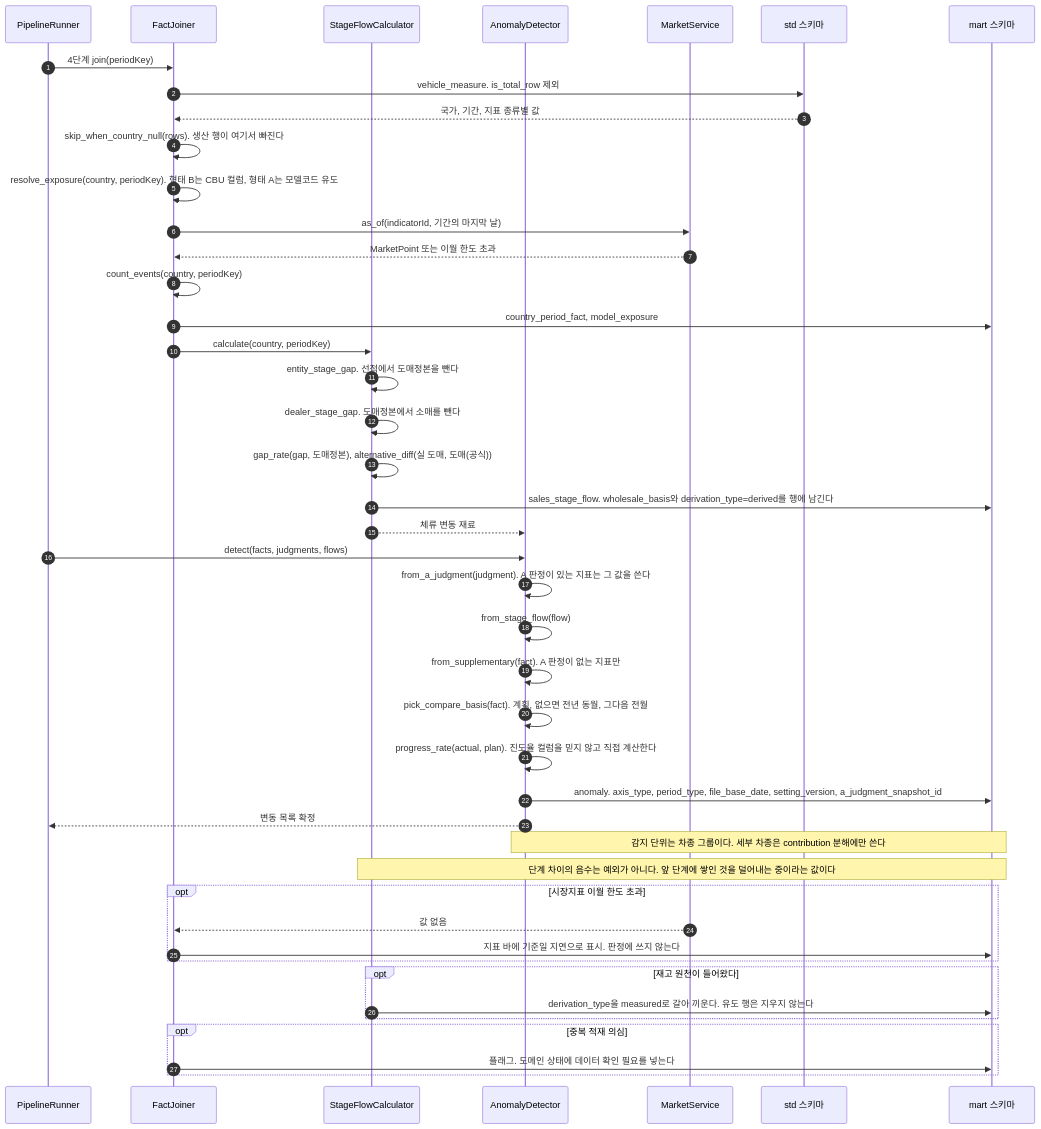
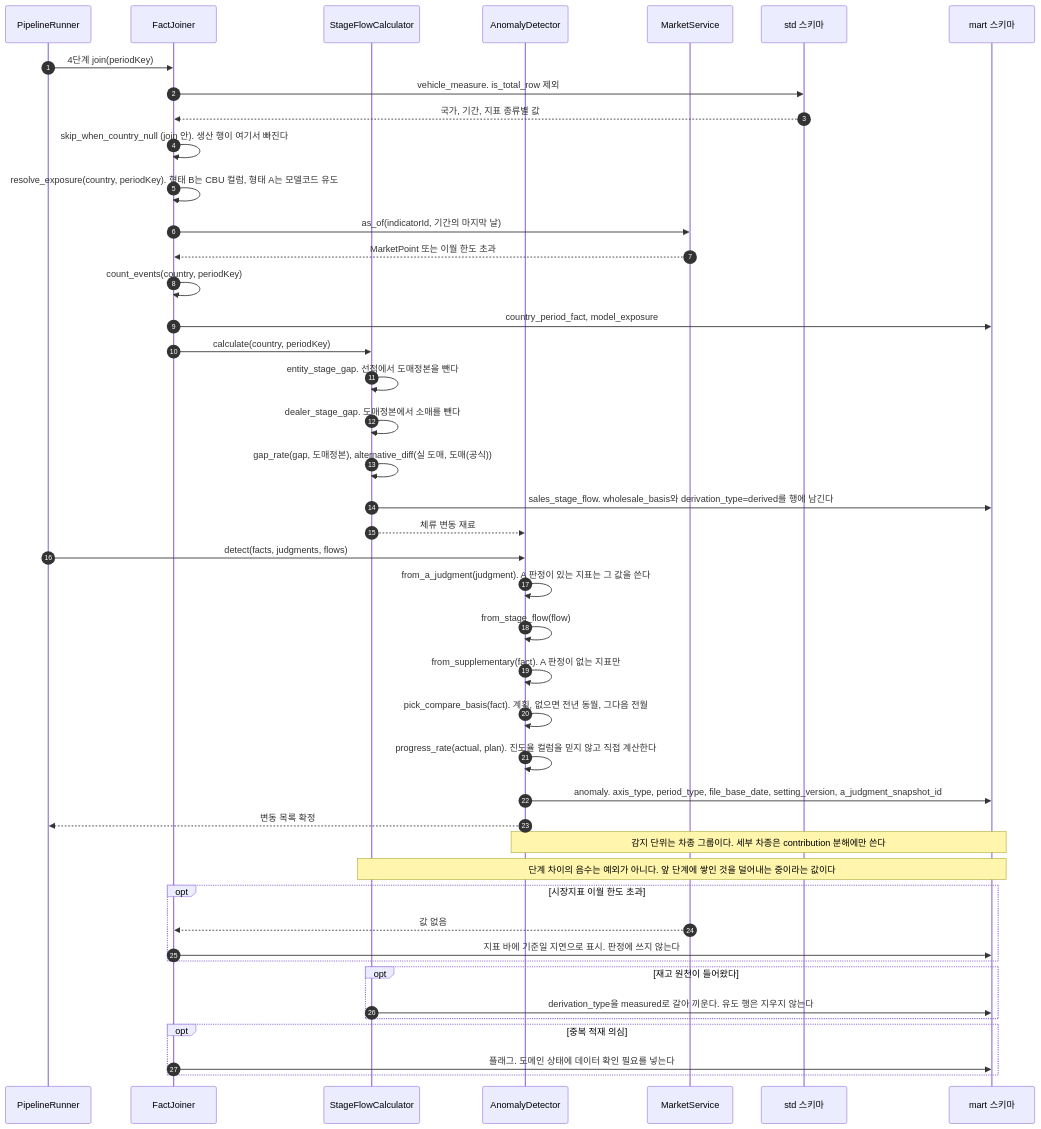
The seventh of 14 diagrams in docs/specs/09-SEQ/TBL-SEQ-001.md (HoyoungParkme/tableau_platform), drawn with Mermaid before and after one commit. The commit also changed other lines of this file, not shown here.

````diff
--- a/docs/specs/09-SEQ/TBL-SEQ-001.md
+++ b/docs/specs/09-SEQ/TBL-SEQ-001.md
@@ -418,46 +447,46 @@
 ```mermaid
 sequenceDiagram
   autonumber
   participant RUN as PipelineRunner
   participant FJ as FactJoiner
   participant SFC as StageFlowCalculator
   participant AD as AnomalyDetector
   participant MKT as MarketService
   participant DB_STD as std 스키마
   participant DB_MART as mart 스키마
   RUN->>FJ: 4단계 join(periodKey)
   FJ->>DB_STD: vehicle_measure. is_total_row 제외
   DB_STD-->>FJ: 국가, 기간, 지표 종류별 값
-  FJ->>FJ: skip_when_country_null(rows). 생산 행이 여기서 빠진다
+  FJ->>FJ: skip_when_country_null (join 안). 생산 행이 여기서 빠진다
   FJ->>FJ: resolve_exposure(country, periodKey). 형태 B는 CBU 컬럼, 형태 A는 모델코드 유도
   FJ->>MKT: as_of(indicatorId, 기간의 마지막 날)
   MKT-->>FJ: MarketPoint 또는 이월 한도 초과
   FJ->>FJ: count_events(country, periodKey)
   FJ->>DB_MART: country_period_fact, model_exposure
   FJ->>SFC: calculate(country, periodKey)
   SFC->>SFC: entity_stage_gap. 선적에서 도매정본을 뺀다
   SFC->>SFC: dealer_stage_gap. 도매정본에서 소매를 뺀다
   SFC->>SFC: gap_rate(gap, 도매정본), alternative_diff(실 도매, 도매(공식))
   SFC->>DB_MART: sales_stage_flow. wholesale_basis와 derivation_type=derived를 행에 남긴다
   SFC-->>AD: 체류 변동 재료
   RUN->>AD: detect(facts, judgments, flows)
   AD->>AD: from_a_judgment(judgment). A 판정이 있는 지표는 그 값을 쓴다
   AD->>AD: from_stage_flow(flow)
   AD->>AD: from_supplementary(fact). A 판정이 없는 지표만
   AD->>AD: pick_compare_basis(fact). 계획, 없으면 전년 동월, 그다음 전월
   AD->>AD: progress_rate(actual, plan). 진도율 컬럼을 믿지 않고 직접 계산한다
   AD->>DB_MART: anomaly. axis_type, period_type, file_base_date, setting_version, a_judgment_snapshot_id
   AD-->>RUN: 변동 목록 확정
   Note over AD,DB_MART: 감지 단위는 차종 그룹이다. 세부 차종은 contribution 분해에만 쓴다
   Note over SFC,DB_MART: 단계 차이의 음수는 예외가 아니다. 앞 단계에 쌓인 것을 덜어내는 중이라는 값이다
   opt 시장지표 이월 한도 초과
     MKT-->>FJ: 값 없음
     FJ->>DB_MART: 지표 바에 기준일 지연으로 표시. 판정에 쓰지 않는다
   end
   opt 재고 원천이 들어왔다
     SFC->>DB_MART: derivation_type을 measured로 갈아 끼운다. 유도 행은 지우지 않는다
   end
   opt 중복 적재 의심
     FJ->>DB_MART: 플래그. 도메인 상태에 데이터 확인 필요를 넣는다
   end
 ```
````
